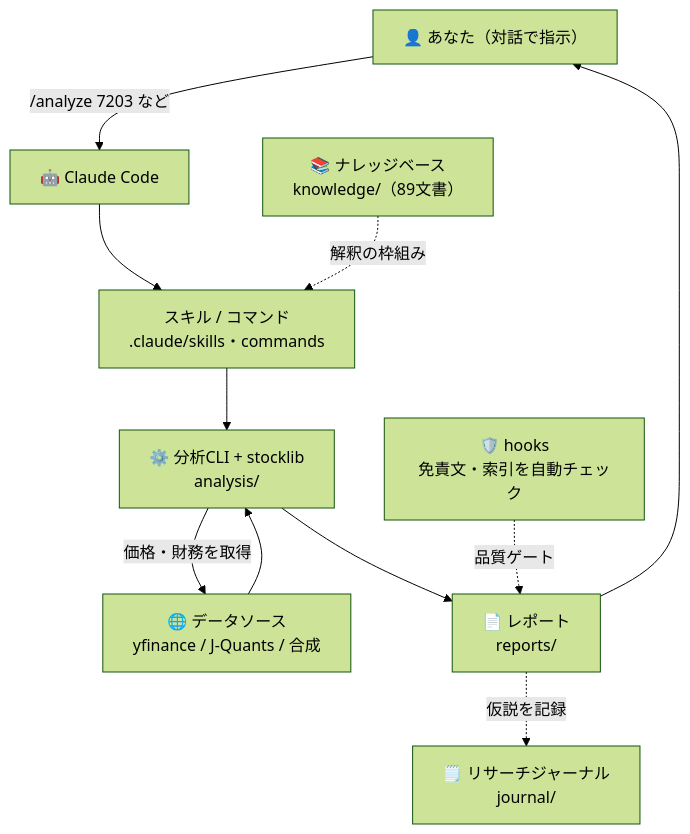
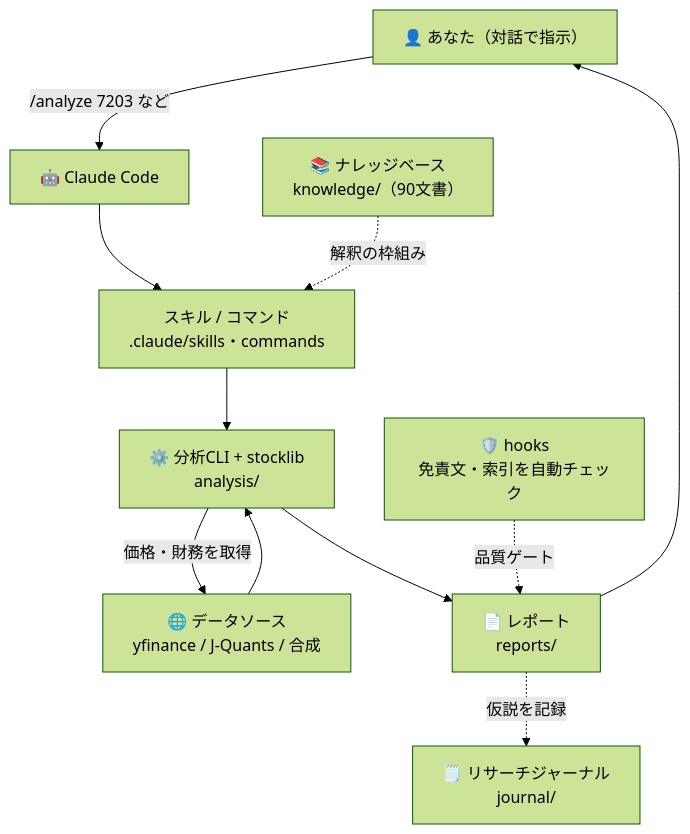
One commit to nigoh/stock_hacker changed the first of 8 diagrams in README.md. Above: the diagram before and after it, drawn with Mermaid (forest theme). The commit also changed other lines of this file and 2 other files, not shown here.

````diff
--- a/README.md
+++ b/README.md
@@ -59,13 +59,13 @@
 ```mermaid
 flowchart TD
     U["👤 あなた（対話で指示）"] -->|"/analyze 7203 など"| CC["🤖 Claude Code"]
     CC --> SK["スキル / コマンド<br/>.claude/skills・commands"]
     SK --> CLI["⚙️ 分析CLI + stocklib<br/>analysis/"]
-    KB["📚 ナレッジベース<br/>knowledge/（89文書）"] -.->|"解釈の枠組み"| SK
+    KB["📚 ナレッジベース<br/>knowledge/（90文書）"] -.->|"解釈の枠組み"| SK
     CLI -->|"価格・財務を取得"| DS["🌐 データソース<br/>yfinance / J-Quants / 合成"]
     DS --> CLI
     CLI --> RP["📄 レポート<br/>reports/"]
     RP -.->|"仮説を記録"| JN["🗒️ リサーチジャーナル<br/>journal/"]
     HK["🛡️ hooks<br/>免責文・索引を自動チェック"] -.->|"品質ゲート"| RP
     RP --> U
 ```
````
